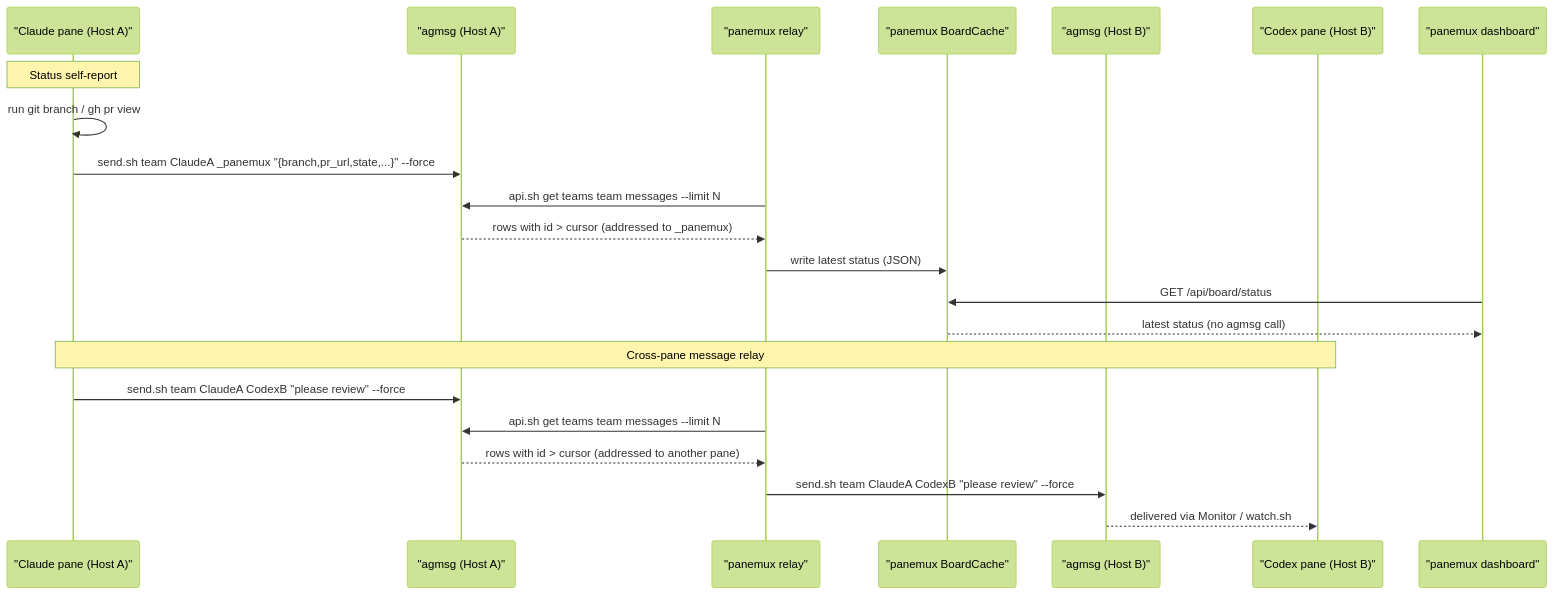
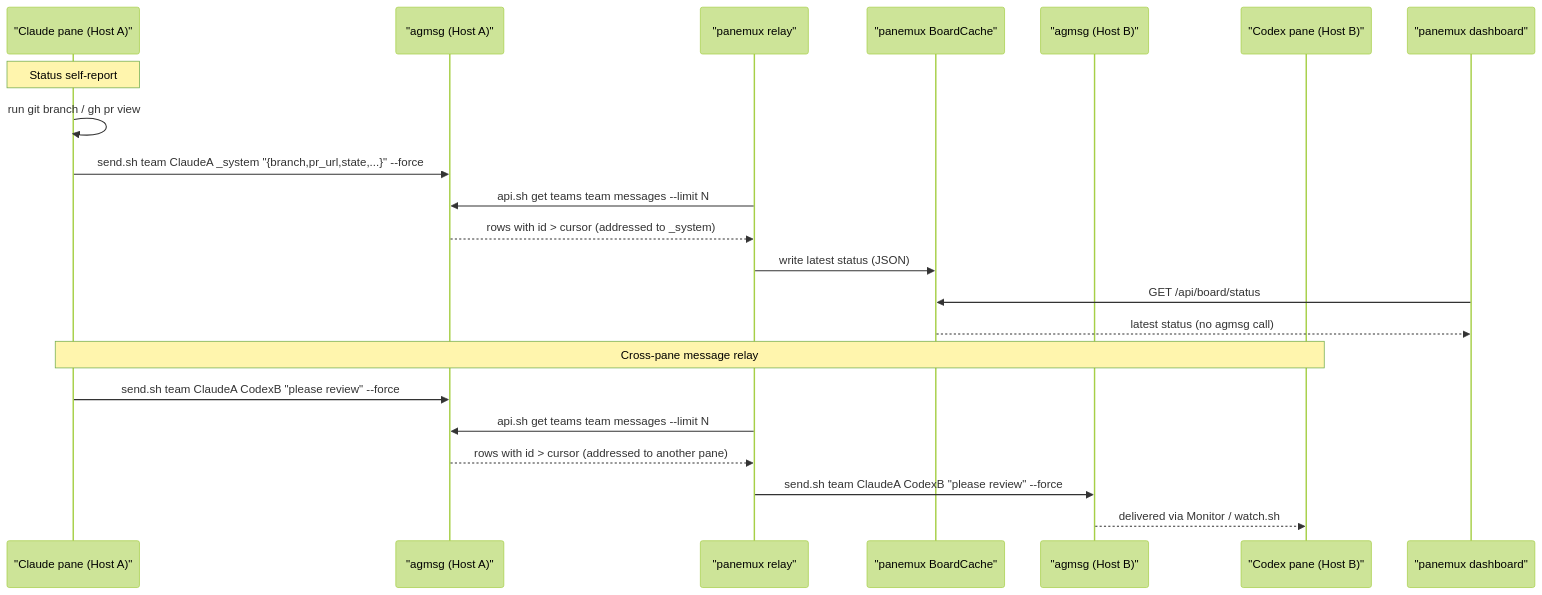
The third of 4 diagrams in docs/agent-board.md (tomo-chan/panemux), drawn with Mermaid (forest theme) before and after one commit. The commit also changed other lines of this file and 34 other files, not shown here.

````diff
--- a/docs/agent-board.md
+++ b/docs/agent-board.md
@@ -453,26 +458,26 @@
 ```mermaid
 sequenceDiagram
     participant ClaudeA as "Claude pane (Host A)"
     participant AgmsgA as "agmsg (Host A)"
     participant Relay as "panemux relay"
     participant Cache as "panemux BoardCache"
     participant AgmsgB as "agmsg (Host B)"
     participant CodexB as "Codex pane (Host B)"
     participant Dash as "panemux dashboard"
 
     Note over ClaudeA: Status self-report
     ClaudeA->>ClaudeA: run git branch / gh pr view
-    ClaudeA->>AgmsgA: send.sh team ClaudeA _panemux "{branch,pr_url,state,...}" --force
+    ClaudeA->>AgmsgA: send.sh team ClaudeA _system "{branch,pr_url,state,...}" --force
     Relay->>AgmsgA: api.sh get teams team messages --limit N
-    AgmsgA-->>Relay: rows with id > cursor (addressed to _panemux)
+    AgmsgA-->>Relay: rows with id > cursor (addressed to _system)
     Relay->>Cache: write latest status (JSON)
     Dash->>Cache: GET /api/board/status
     Cache-->>Dash: latest status (no agmsg call)
 
     Note over ClaudeA,CodexB: Cross-pane message relay
     ClaudeA->>AgmsgA: send.sh team ClaudeA CodexB "please review" --force
     Relay->>AgmsgA: api.sh get teams team messages --limit N
     AgmsgA-->>Relay: rows with id > cursor (addressed to another pane)
     Relay->>AgmsgB: send.sh team ClaudeA CodexB "please review" --force
     AgmsgB-->>CodexB: delivered via Monitor / watch.sh
 ```
````
